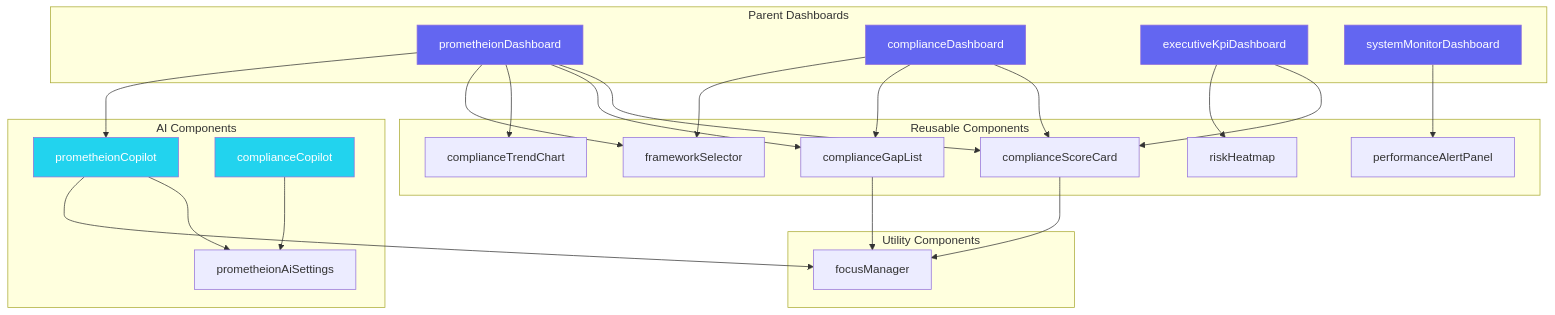
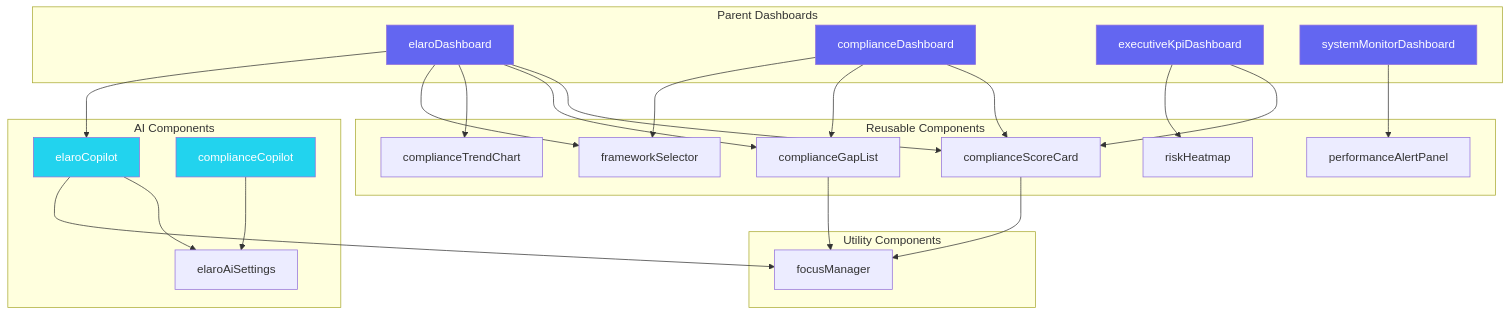
Before and after one commit to derickporter1993/Solentra---Prometheion: the seventh of 9 diagrams in docs/UI_UX_DESIGN.md, drawn with Mermaid. The commit also changed other lines of this file and 973 other files, not shown here.

First line of the commit message:
refactor: Rename Prometheion to Elaro across entire codebase

````diff
--- a/docs/UI_UX_DESIGN.md
+++ b/docs/UI_UX_DESIGN.md
@@ -465,57 +465,57 @@
 ```mermaid
 graph TB
     subgraph "Parent Dashboards"
-        PD[prometheionDashboard]
+        PD[elaroDashboard]
         CD[complianceDashboard]
         EKD[executiveKpiDashboard]
         SMD[systemMonitorDashboard]
     end
 
     subgraph "Reusable Components"
         CSC[complianceScoreCard]
         CGL[complianceGapList]
         CTC[complianceTrendChart]
         FS[frameworkSelector]
         RH[riskHeatmap]
         PAP[performanceAlertPanel]
     end
 
     subgraph "AI Components"
-        PC[prometheionCopilot]
+        PC[elaroCopilot]
         CC[complianceCopilot]
-        PAS[prometheionAiSettings]
+        PAS[elaroAiSettings]
     end
 
     subgraph "Utility Components"
         FM[focusManager]
     end
 
     PD --> CSC
     PD --> CGL
     PD --> CTC
     PD --> FS
     PD --> PC
 
     CD --> CSC
     CD --> CGL
     CD --> FS
 
     EKD --> CSC
     EKD --> RH
 
     SMD --> PAP
 
     PC --> PAS
     CC --> PAS
 
     CSC --> FM
     CGL --> FM
     PC --> FM
 
     style PD fill:#6366f1,color:#fff
     style CD fill:#6366f1,color:#fff
     style EKD fill:#6366f1,color:#fff
     style SMD fill:#6366f1,color:#fff
     style PC fill:#22d3ee,color:#fff
     style CC fill:#22d3ee,color:#fff
 ```
````
